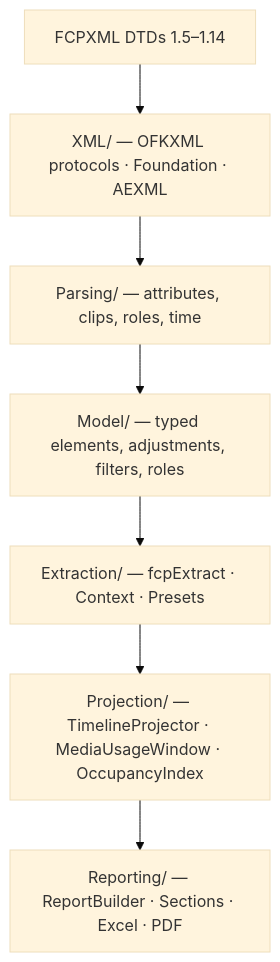
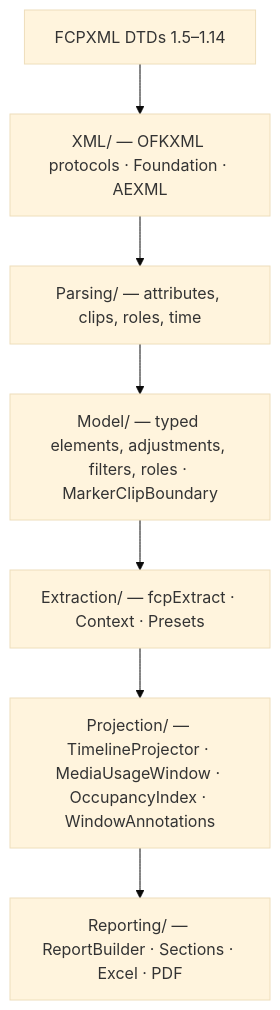
Before and after one commit to TheAcharya/OpenFCPXMLKit: the second of 4 diagrams in ARCHITECTURE.md, drawn with Mermaid (base theme). The commit also changed other lines of this file and 17 other files, not shown here.

````diff
--- a/ARCHITECTURE.md
+++ b/ARCHITECTURE.md
@@ -189,12 +193,12 @@
 ```mermaid
 flowchart TB
     DTD["FCPXML DTDs 1.5–1.14"]
     XML["XML/ — OFKXML protocols · Foundation · AEXML"]
     PRS["Parsing/ — attributes, clips, roles, time"]
-    MDL["Model/ — typed elements, adjustments, filters, roles"]
+    MDL["Model/ — typed elements, adjustments, filters, roles · MarkerClipBoundary"]
     EXT["Extraction/ — fcpExtract · Context · Presets"]
-    PRJ["Projection/ — TimelineProjector · MediaUsageWindow · OccupancyIndex"]
+    PRJ["Projection/ — TimelineProjector · MediaUsageWindow · OccupancyIndex · WindowAnnotations"]
     REP["Reporting/ — ReportBuilder · Sections · Excel · PDF"]
 
     DTD --> XML --> PRS --> MDL --> EXT --> PRJ --> REP
 ```
````
